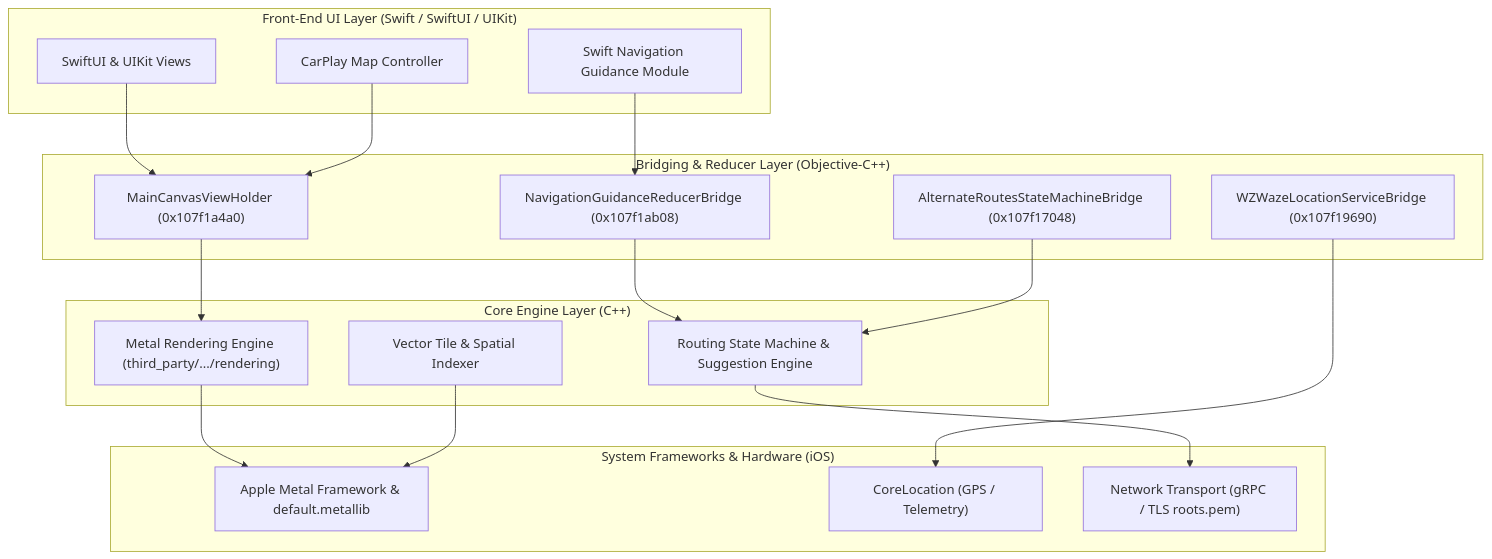
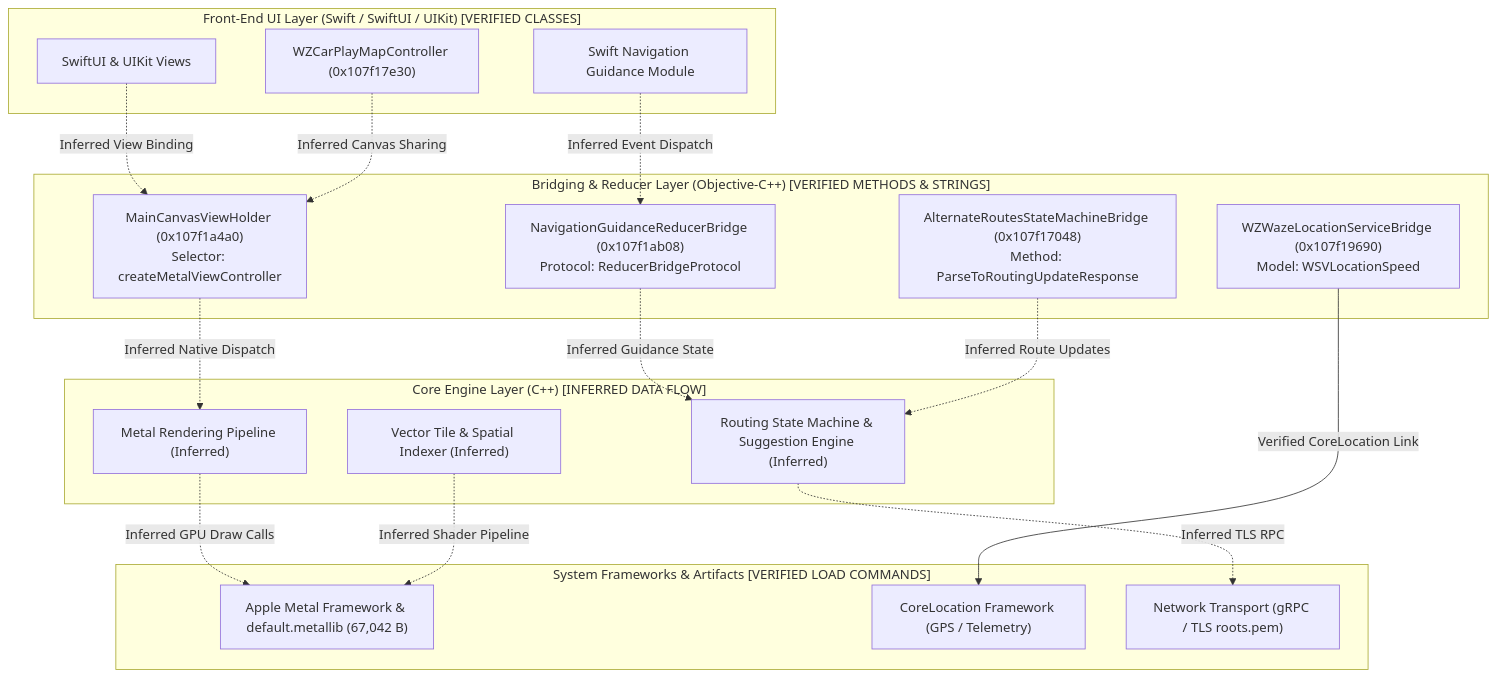
The diagram in reports/05_architecture_analysis.md (ysiduc/waze), drawn with Mermaid before and after one commit. The commit also changed other lines of this file and 10 other files, not shown here.

````diff
--- a/reports/05_architecture_analysis.md
+++ b/reports/05_architecture_analysis.md
@@ -13,40 +13,40 @@
 ```mermaid
 graph TD
-    subgraph UI_Layer ["Front-End UI Layer (Swift / SwiftUI / UIKit)"]
+    subgraph UI_Layer ["Front-End UI Layer (Swift / SwiftUI / UIKit) [VERIFIED CLASSES]"]
         UI_SwiftUI["SwiftUI & UIKit Views"]
-        UI_CarPlay["CarPlay Map Controller"]
+        UI_CarPlay["WZCarPlayMapController (0x107f17e30)"]
         UI_NavGuidance["Swift Navigation Guidance Module"]
     end
 
-    subgraph Bridge_Layer ["Bridging & Reducer Layer (Objective-C++)"]
-        B_MainCanvas["MainCanvasViewHolder (0x107f1a4a0)"]
-        B_NavReducer["NavigationGuidanceReducerBridge (0x107f1ab08)"]
-        B_AltRoutes["AlternateRoutesStateMachineBridge (0x107f17048)"]
-        B_Location["WZWazeLocationServiceBridge (0x107f19690)"]
+    subgraph Bridge_Layer ["Bridging & Reducer Layer (Objective-C++) [VERIFIED METHODS & STRINGS]"]
+        B_MainCanvas["MainCanvasViewHolder (0x107f1a4a0)\nSelector: createMetalViewController"]
+        B_NavReducer["NavigationGuidanceReducerBridge (0x107f1ab08)\nProtocol: ReducerBridgeProtocol"]
+        B_AltRoutes["AlternateRoutesStateMachineBridge (0x107f17048)\nMethod: ParseToRoutingUpdateResponse"]
+        B_Location["WZWazeLocationServiceBridge (0x107f19690)\nModel: WSVLocationSpeed"]
     end
 
-    subgraph Core_Layer ["Core Engine Layer (C++)"]
-        C_MetalRender["Metal Rendering Engine (third_party/.../rendering)"]
-        C_RouteEngine["Routing State Machine & Suggestion Engine"]
-        C_TileManager["Vector Tile & Spatial Indexer"]
+    subgraph Core_Layer ["Core Engine Layer (C++) [INFERRED DATA FLOW]"]
+        C_MetalRender["Metal Rendering Pipeline (Inferred)"]
+        C_RouteEngine["Routing State Machine & Suggestion Engine (Inferred)"]
+        C_TileManager["Vector Tile & Spatial Indexer (Inferred)"]
     end
 
-    subgraph OS_Layer ["System Frameworks & Hardware (iOS)"]
-        OS_Metal["Apple Metal Framework & default.metallib"]
-        OS_GPS["CoreLocation (GPS / Telemetry)"]
+    subgraph OS_Layer ["System Frameworks & Artifacts [VERIFIED LOAD COMMANDS]"]
+        OS_Metal["Apple Metal Framework & default.metallib (67,042 B)"]
+        OS_GPS["CoreLocation Framework (GPS / Telemetry)"]
         OS_gRPC["Network Transport (gRPC / TLS roots.pem)"]
     end
 
-    UI_SwiftUI --> B_MainCanvas
-    UI_NavGuidance --> B_NavReducer
-    UI_CarPlay --> B_MainCanvas
+    UI_SwiftUI -.->|"Inferred View Binding"| B_MainCanvas
+    UI_NavGuidance -.->|"Inferred Event Dispatch"| B_NavReducer
+    UI_CarPlay -.->|"Inferred Canvas Sharing"| B_MainCanvas
     
-    B_MainCanvas --> C_MetalRender
-    B_NavReducer --> C_RouteEngine
-    B_AltRoutes --> C_RouteEngine
-    B_Location --> OS_GPS
+    B_MainCanvas -.->|"Inferred Native Dispatch"| C_MetalRender
+    B_NavReducer -.->|"Inferred Guidance State"| C_RouteEngine
+    B_AltRoutes -.->|"Inferred Route Updates"| C_RouteEngine
+    B_Location -->|"Verified CoreLocation Link"| OS_GPS
 
-    C_MetalRender --> OS_Metal
-    C_TileManager --> OS_Metal
-    C_RouteEngine --> OS_gRPC
+    C_MetalRender -.->|"Inferred GPU Draw Calls"| OS_Metal
+    C_TileManager -.->|"Inferred Shader Pipeline"| OS_Metal
+    C_RouteEngine -.->|"Inferred TLS RPC"| OS_gRPC
 ```
````
